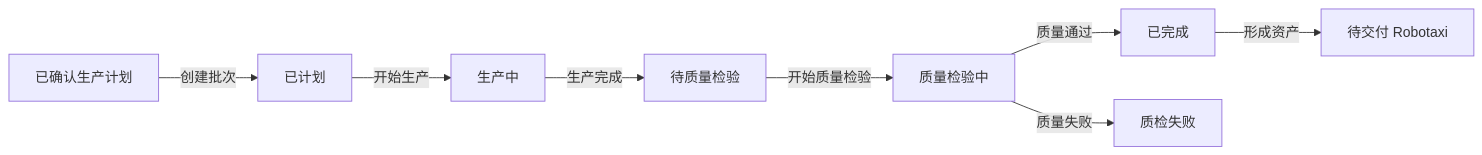
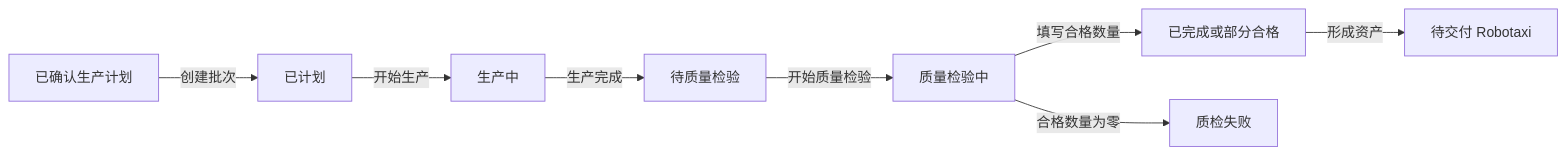
Before and after one commit to Chizheng4/robotaxi: the diagram in doc/04-fleet-supply-management/02-production-batch.md, drawn with Mermaid. The commit also changed other lines of this file and 19 other files, not shown here.

````diff
--- a/doc/04-fleet-supply-management/02-production-batch.md
+++ b/doc/04-fleet-supply-management/02-production-batch.md
@@ -7,10 +7,10 @@
 ```mermaid
 flowchart LR
   A["已确认生产计划"] -->|创建批次| B["已计划"]
   B -->|开始生产| C["生产中"]
   C -->|生产完成| D["待质量检验"]
   D -->|开始质量检验| E["质量检验中"]
-  E -->|质量通过| F["已完成"]
-  E -->|质量失败| G["质检失败"]
+  E -->|填写合格数量| F["已完成或部分合格"]
+  E -->|合格数量为零| G["质检失败"]
   F -->|形成资产| H["待交付 Robotaxi"]
 ```
````
